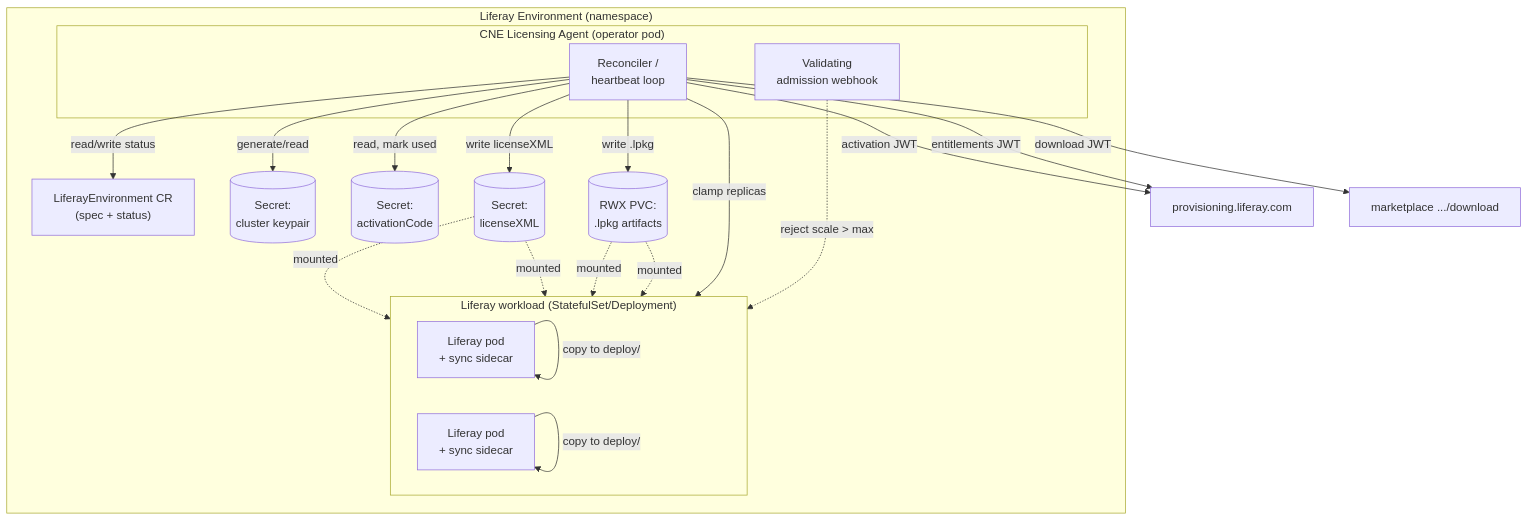
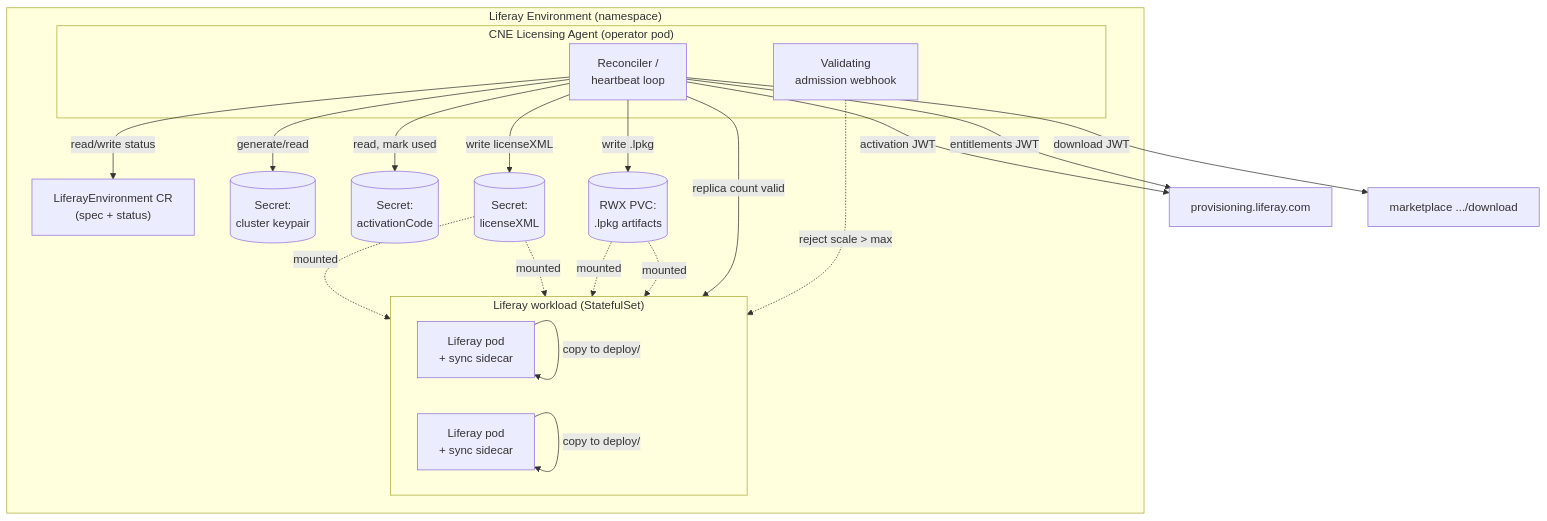
One commit to gamerson/liferay-portal changed the first of 2 diagrams in cloud/operator/cne-licensing-agent-design.md. Above: the diagram before and after it, drawn with Mermaid. The commit also changed other lines of this file, not shown here.

Commit message:
update diagram

````diff
--- a/cloud/operator/cne-licensing-agent-design.md
+++ b/cloud/operator/cne-licensing-agent-design.md
@@ -85,36 +85,36 @@
 ```mermaid
 flowchart TB
     subgraph ns["Liferay Environment (namespace)"]
         CR["LiferayEnvironment CR<br/>(spec + status)"]
         subgraph agent["CNE Licensing Agent (operator pod)"]
             REC["Reconciler /<br/>heartbeat loop"]
             WH["Validating<br/>admission webhook"]
         end
         IDSEC[("Secret:<br/>cluster keypair")]
         ACTSEC[("Secret:<br/>activationCode")]
         LICSEC[("Secret:<br/>licenseXML")]
         PVC[("RWX PVC:<br/>.lpkg artifacts")]
-        subgraph wl["Liferay workload (StatefulSet/Deployment)"]
+        subgraph wl["Liferay workload (StatefulSet)"]
             direction LR
             P1["Liferay pod<br/>+ sync sidecar"]
             P2["Liferay pod<br/>+ sync sidecar"]
         end
     end
     PROV["provisioning.liferay.com"]
     MKT["marketplace .../download"]
 
     REC -->|read/write status| CR
     REC -->|generate/read| IDSEC
     REC -->|read, mark used| ACTSEC
     REC -->|activation JWT| PROV
     REC -->|entitlements JWT| PROV
     REC -->|download JWT| MKT
     REC -->|write licenseXML| LICSEC
     REC -->|write .lpkg| PVC
-    REC -->|clamp replicas| wl
+    REC -->|replica count valid| wl
     WH -.->|reject scale > max| wl
     LICSEC -.->|mounted| P1 & P2
     PVC -.->|mounted| P1 & P2
     P1 -->|copy to deploy/| P1
     P2 -->|copy to deploy/| P2
 ```
````
